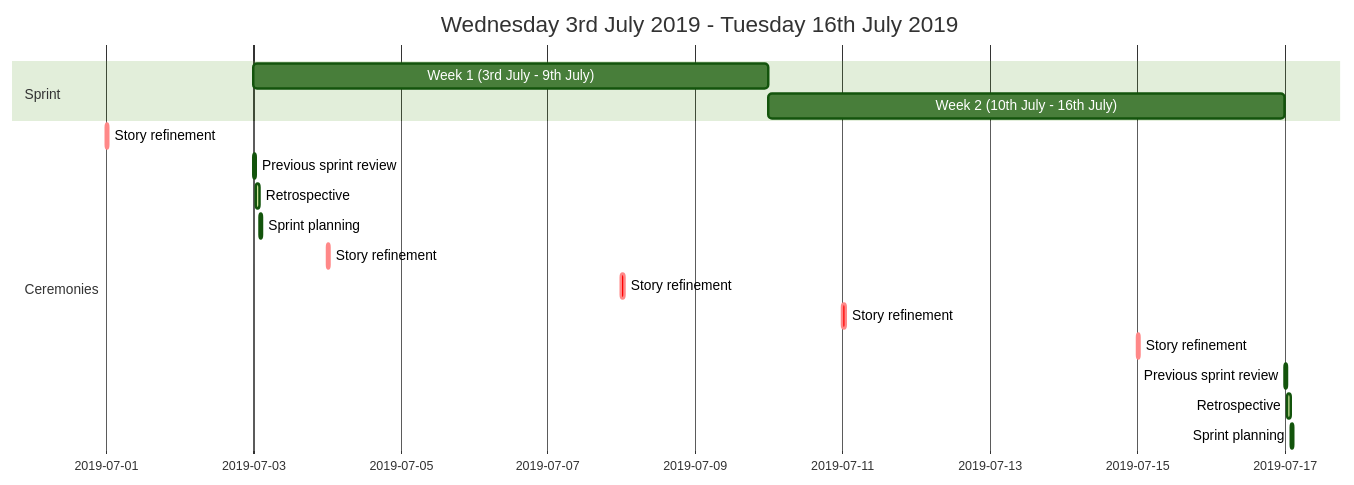
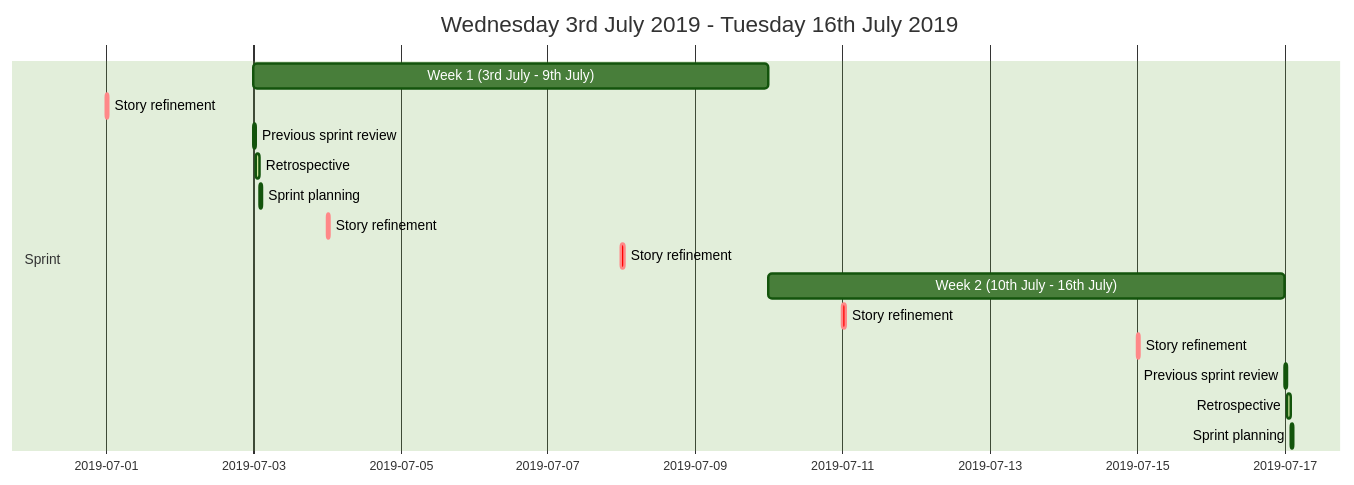
The diagram in _posts/2019-08-03-agile-diary.md (ianpowell2017/ianpowell2017.github.io), drawn with Mermaid (forest theme) before and after one commit.

````diff
--- a/_posts/2019-08-03-agile-diary.md
+++ b/_posts/2019-08-03-agile-diary.md
@@ -11,23 +11,21 @@
 ```mermaid
 gantt
     title Wednesday 3rd July 2019 - Tuesday 16th July 2019
 
     section Sprint
     Week 1 (3rd July - 9th July)    :a1, 2019-07-03, 1w
-    Week 2 (10th July - 16th July)  :b1, 2019-07-10, 1w
-
-    section Ceremonies
     Story refinement        :crit, st1, 2019-07-01, 1h
     Previous sprint review  :active, sprintreview1, 2019-07-03, 1h
     Retrospective           :active, retrospective1, after sprintreview1, 1h
     Sprint planning         :active, sprintplanning1, after retrospective1, 1h
     Story refinement        :crit, st2, 2019-07-04, 1h
 
     Story refinement        :crit, st3, 2019-07-08, 1h
+    Week 2 (10th July - 16th July)  :b1, 2019-07-10, 1w
     Story refinement        :crit, st4, 2019-07-11, 1h
     Story refinement        :crit, st4, 2019-07-15, 1h
 
     Previous sprint review  :active, sprintreview2, 2019-07-17, 1h    
     Retrospective           :active, retrospective2, after sprintreview2, 1h    
     Sprint planning         :active, sprintplanning2, after retrospective2, 1h
 ```
````
